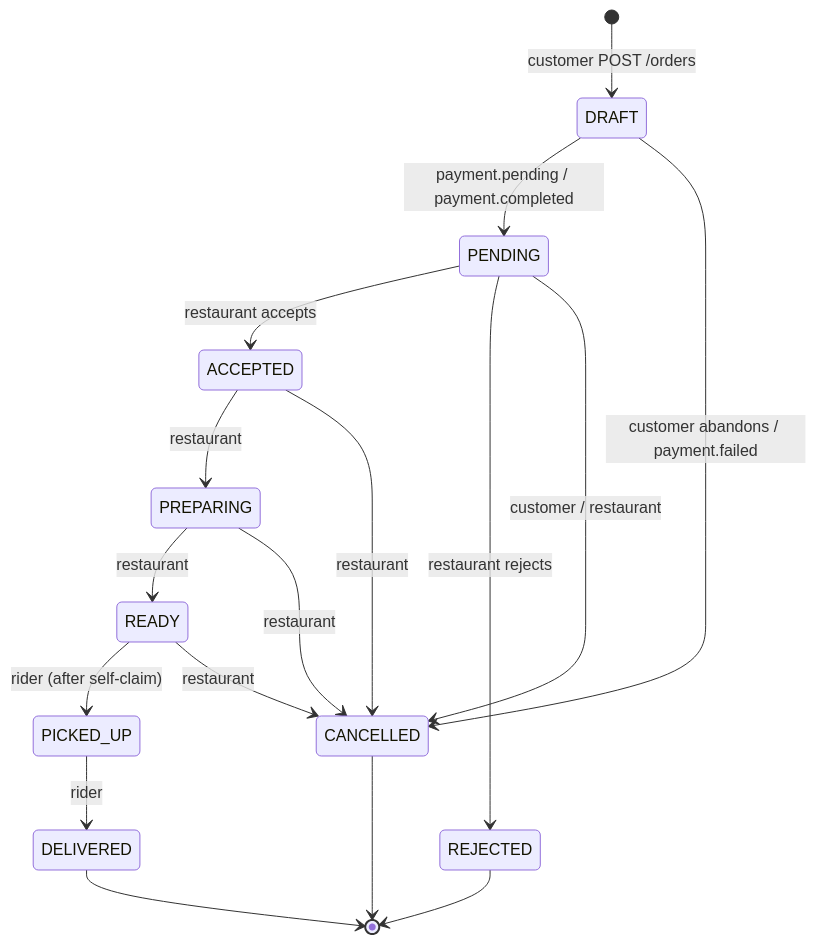
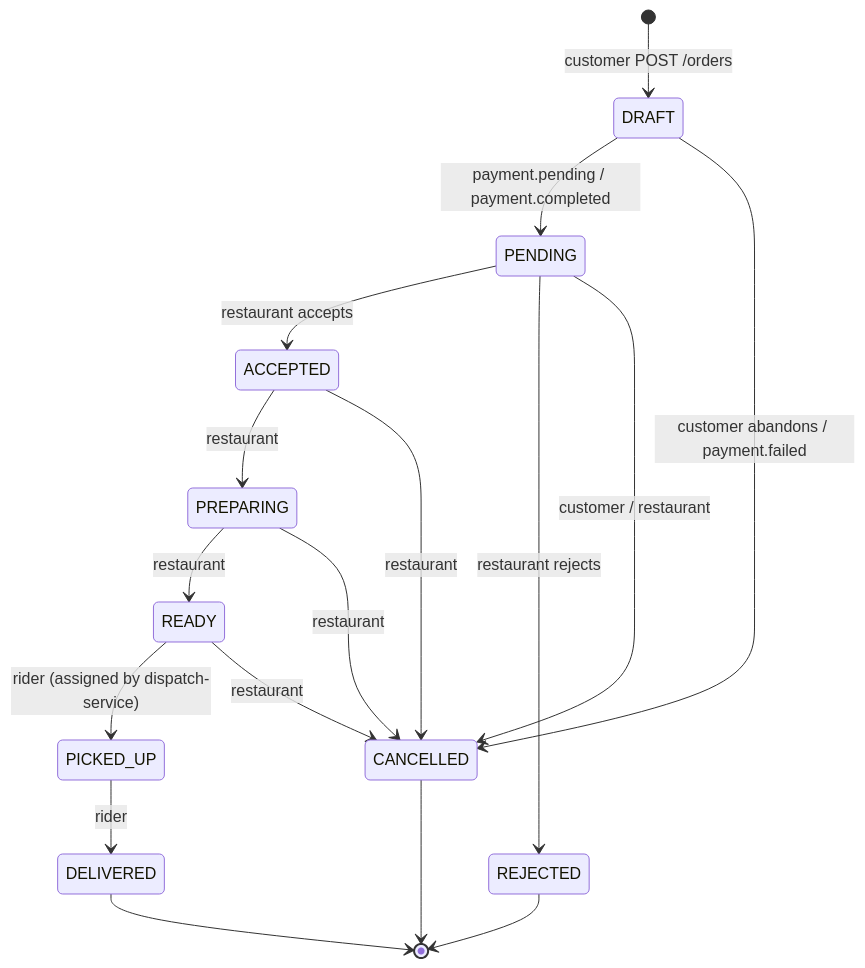
The fifth of 8 diagrams in README.md (ThePainTester/food-delivery), drawn with Mermaid before and after one commit. The commit also changed other lines of this file and 77 other files, not shown here.

Commit message:
implement dispatch service

````diff
--- a/README.md
+++ b/README.md
@@ -164,19 +168,19 @@
 ```mermaid
 stateDiagram-v2
   [*] --> DRAFT: customer POST /orders
   DRAFT --> PENDING: payment.pending / payment.completed
   DRAFT --> CANCELLED: customer abandons / payment.failed
   PENDING --> ACCEPTED: restaurant accepts
   PENDING --> REJECTED: restaurant rejects
   PENDING --> CANCELLED: customer / restaurant
   ACCEPTED --> PREPARING: restaurant
   ACCEPTED --> CANCELLED: restaurant
   PREPARING --> READY: restaurant
   PREPARING --> CANCELLED: restaurant
-  READY --> PICKED_UP: rider (after self-claim)
+  READY --> PICKED_UP: rider (assigned by dispatch-service)
   READY --> CANCELLED: restaurant
   PICKED_UP --> DELIVERED: rider
   DELIVERED --> [*]
   REJECTED --> [*]
   CANCELLED --> [*]
 ```
````
